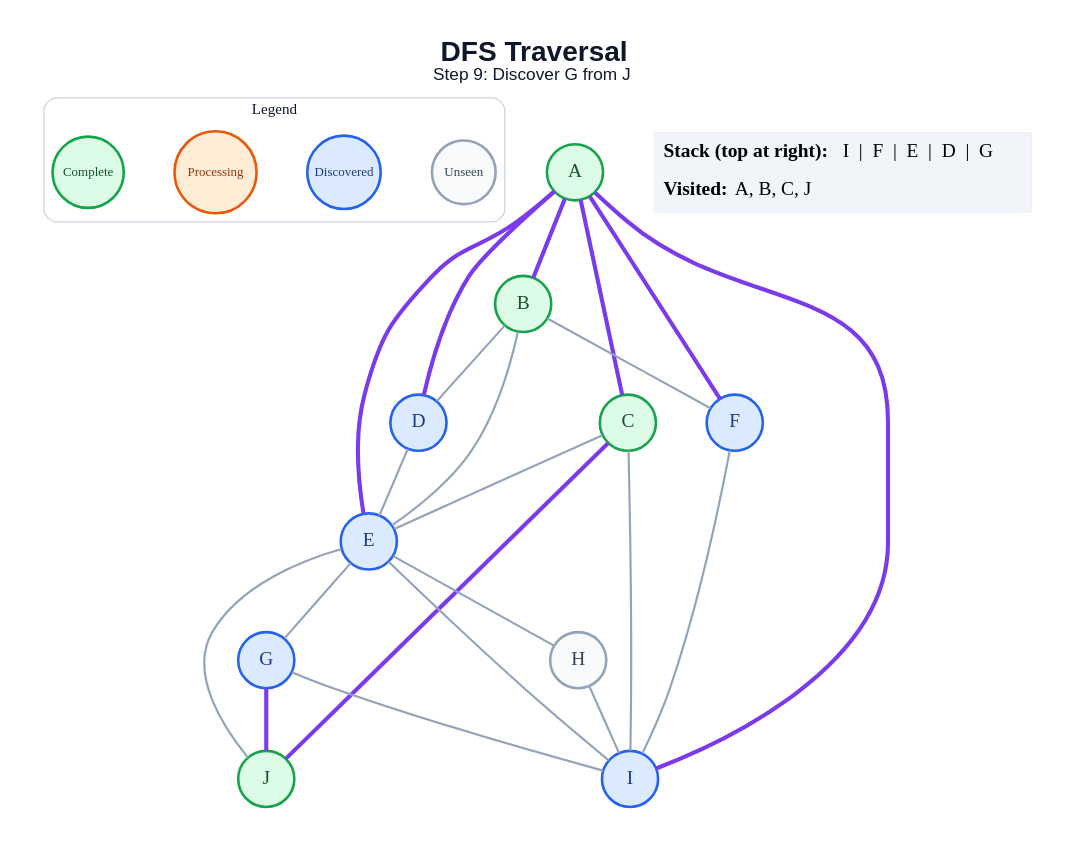
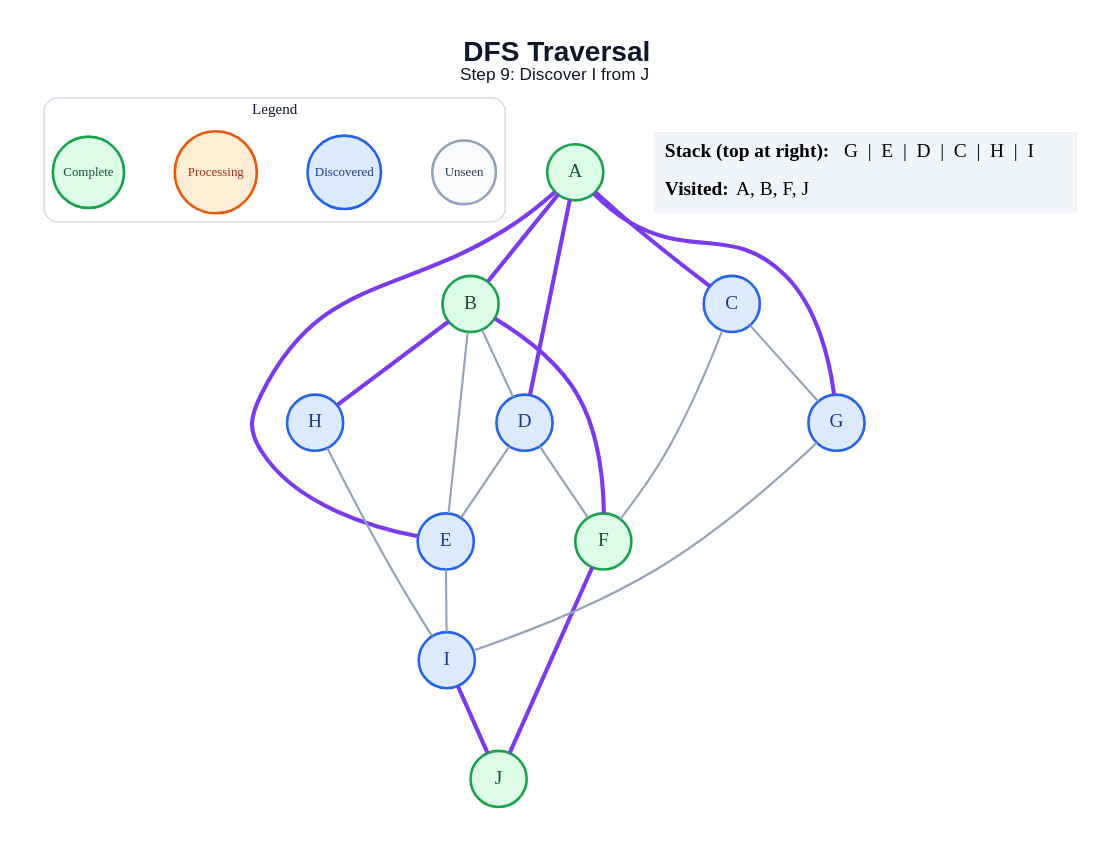
The diagram in generated/dfs/step_09.dot (anon7238593-create/ai-slop), drawn with Graphviz before and after one commit. The commit also changed 178 other files, not shown here.

```diff
--- a/generated/dfs/step_09.dot
+++ b/generated/dfs/step_09.dot
@@ -1,50 +1,47 @@
 graph traversal {
   graph [layout=dot, rankdir=TB, bgcolor="#FFFFFF", pad="0.35", nodesep="0.65", ranksep="0.8", fontname="Arial"];
   node [shape=circle, style="filled", fontname="Arial Bold", fontsize=18, width=0.72, fixedsize=true, penwidth=2.4];
   edge [color="#94A3B8", penwidth=2.0];
-  label=<<B>DFS Traversal</B><BR/><FONT POINT-SIZE="16">Step 9: Discover G from J</FONT>>; labelloc="t"; fontsize=26; fontname="Arial"; fontcolor="#0F172A";
+  label=<<B>DFS Traversal</B><BR/><FONT POINT-SIZE="16">Step 9: Discover I from J</FONT>>; labelloc="t"; fontsize=26; fontname="Arial"; fontcolor="#0F172A";
   subgraph cluster_legend { label="Legend"; color="#CBD5E1"; penwidth=1.2; style="rounded"; fontsize=14; fontname="Arial Bold";
     key_unseen [label="Unseen", fillcolor="#F8FAFC", color="#94A3B8", fontcolor="#334155", fontsize=12, width=0.82];
     key_frontier [label="Discovered", fillcolor="#DBEAFE", color="#2563EB", fontcolor="#1E3A8A", fontsize=12, width=0.95];
     key_current [label="Processing", fillcolor="#FFEDD5", color="#EA580C", fontcolor="#9A3412", fontsize=12, width=1.05];
     key_done [label="Complete", fillcolor="#DCFCE7", color="#16A34A", fontcolor="#14532D", fontsize=12, width=0.92];
     { rank=same; key_unseen; key_frontier; key_current; key_done; }
   }
   A [fillcolor="#DCFCE7", color="#16A34A", fontcolor="#14532D"];
   B [fillcolor="#DCFCE7", color="#16A34A", fontcolor="#14532D"];
-  C [fillcolor="#DCFCE7", color="#16A34A", fontcolor="#14532D"];
+  C [fillcolor="#DBEAFE", color="#2563EB", fontcolor="#1E3A8A"];
   D [fillcolor="#DBEAFE", color="#2563EB", fontcolor="#1E3A8A"];
   E [fillcolor="#DBEAFE", color="#2563EB", fontcolor="#1E3A8A"];
-  F [fillcolor="#DBEAFE", color="#2563EB", fontcolor="#1E3A8A"];
+  F [fillcolor="#DCFCE7", color="#16A34A", fontcolor="#14532D"];
   G [fillcolor="#DBEAFE", color="#2563EB", fontcolor="#1E3A8A"];
-  H [fillcolor="#F8FAFC", color="#94A3B8", fontcolor="#334155"];
+  H [fillcolor="#DBEAFE", color="#2563EB", fontcolor="#1E3A8A"];
   I [fillcolor="#DBEAFE", color="#2563EB", fontcolor="#1E3A8A"];
   J [fillcolor="#DCFCE7", color="#16A34A", fontcolor="#14532D"];
   A -- B [color="#7C3AED", penwidth=3.8];
   A -- C [color="#7C3AED", penwidth=3.8];
   A -- D [color="#7C3AED", penwidth=3.8];
   A -- E [color="#7C3AED", penwidth=3.8];
-  A -- F [color="#7C3AED", penwidth=3.8];
-  A -- I [color="#7C3AED", penwidth=3.8];
+  A -- G [color="#7C3AED", penwidth=3.8];
   B -- D;
   B -- E;
-  B -- F;
-  C -- E;
-  C -- I;
-  C -- J [color="#7C3AED", penwidth=3.8];
+  B -- F [color="#7C3AED", penwidth=3.8];
+  B -- H [color="#7C3AED", penwidth=3.8];
+  C -- F;
+  C -- G;
   D -- E;
-  E -- G;
-  E -- H;
+  D -- F;
   E -- I;
-  E -- J;
-  F -- I;
+  F -- J [color="#7C3AED", penwidth=3.8];
   G -- I;
-  G -- J [color="#7C3AED", penwidth=3.8];
   H -- I;
+  I -- J [color="#7C3AED", penwidth=3.8];
   status [shape=plain, fixedsize=false, width=0, height=0, margin=0, label=<
     <TABLE BORDER="0" CELLBORDER="0" CELLPADDING="7" BGCOLOR="#F1F5F9">
-      <TR><TD ALIGN="LEFT"><B>Stack (top at right):</B> I  |  F  |  E  |  D  |  G</TD></TR>
-      <TR><TD ALIGN="LEFT"><B>Visited:</B> A, B, C, J</TD></TR>
+      <TR><TD ALIGN="LEFT"><B>Stack (top at right):</B> G  |  E  |  D  |  C  |  H  |  I</TD></TR>
+      <TR><TD ALIGN="LEFT"><B>Visited:</B> A, B, F, J</TD></TR>
     </TABLE>
   >];
 }
```
